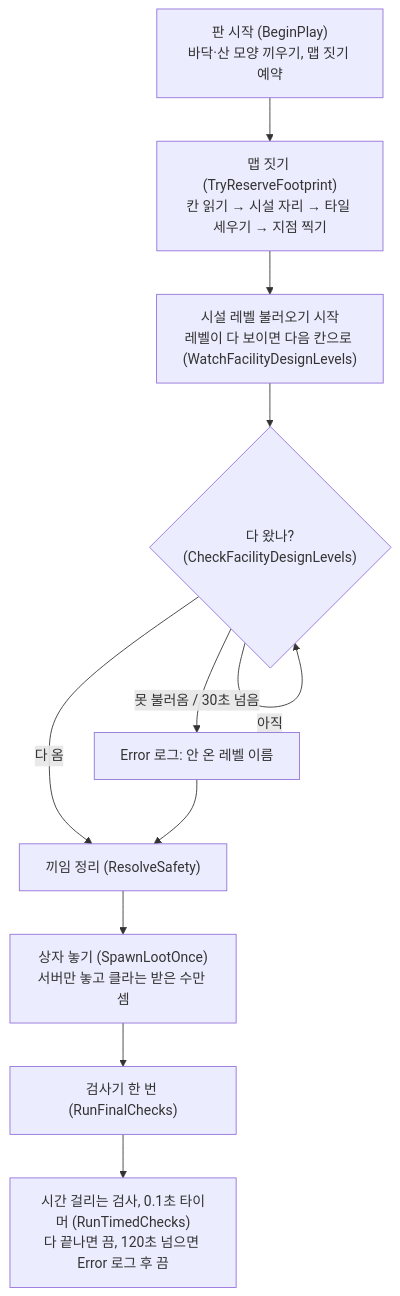
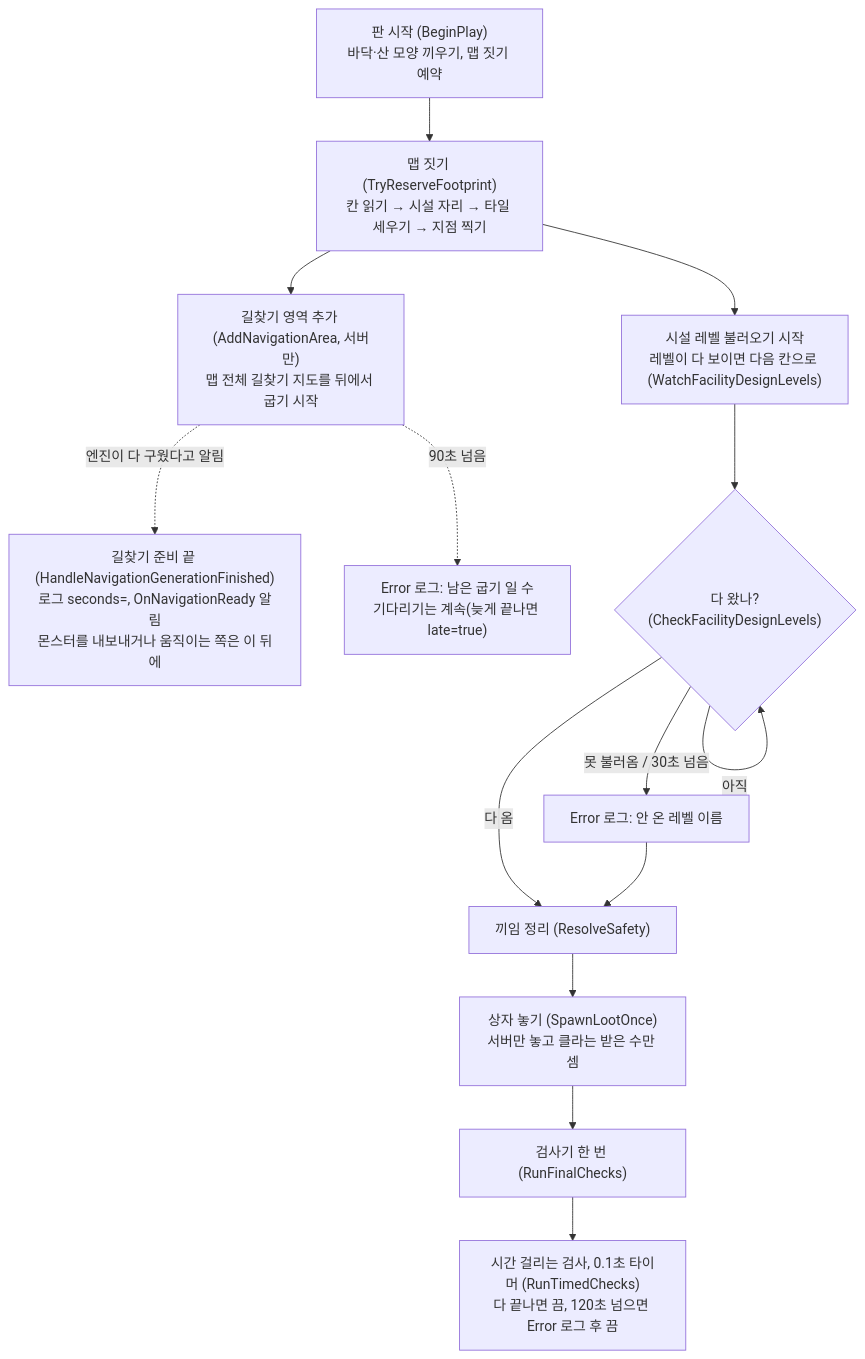
The diagram in Source/ProjectPG/Private/Actors/MapBuilder/README.md (AssortRock-KDT6-Unreal-PowerAde/ProjectPG), drawn with Mermaid before and after one commit. The commit also changed other lines of this file and 2 other files, not shown here.

Commit message:
#12 길찾기 지도를 다 구운 순간을 엔진 알림으로 받기: 걸린 시간 로그 + 90초 시간 제한 + OnNavigationReady
왜: 맵 전체 지도는 판 시작 때 뒤에서 굽는데 수십 초 걸린다. 그 전엔 몬스터 이동 명령이 실패하므로,
몬스터를 내보내거나 움직이는 쪽이 "다 구웠다" 를 알 수 있어야 한다.

- 엔진 알림(UNavigationSystemV1::OnNavigationGenerationFinishedDelegate)에 붙는다. 매 프레임 확인 없음.
- 다 구우면 "Navigation build finished: seconds=.." 로그, IsNavigationReady() 참, OnNavigationReady 한 번 알림.
- 90초 안에 안 끝나면 Error 로그(남은/도는 굽기 일 수). 기다리기는 계속, 늦게 끝나면 late=true.
- 아직 이 맵에서 몬스터를 만드는 코드가 없어 OnNavigationReady 에 붙는 곳은 없다. 몬스터를 내보내는 쪽이 여기에 붙으면 된다.
- MapBuilder/README.md 흐름 그림에 길찾기 단계 추가.

시험(에디터 데디 서버, 시드 12345): MapSeedCheck.ps1 합격, Navigation build finished seconds=36.3 late=false

````diff
--- a/Source/ProjectPG/Private/Actors/MapBuilder/README.md
+++ b/Source/ProjectPG/Private/Actors/MapBuilder/README.md
@@ -5,13 +5,16 @@
 ```mermaid
 flowchart TD
     A["판 시작 (BeginPlay)<br/>바닥·산 모양 끼우기, 맵 짓기 예약"] --> B["맵 짓기 (TryReserveFootprint)<br/>칸 읽기 → 시설 자리 → 타일 세우기 → 지점 찍기"]
+    B --> N["길찾기 영역 추가 (AddNavigationArea, 서버만)<br/>맵 전체 길찾기 지도를 뒤에서 굽기 시작"]
+    N -. "엔진이 다 구웠다고 알림" .-> NR["길찾기 준비 끝 (HandleNavigationGenerationFinished)<br/>로그 seconds=, OnNavigationReady 알림<br/>몬스터를 내보내거나 움직이는 쪽은 이 뒤에"]
+    N -. "90초 넘음" .-> NX["Error 로그: 남은 굽기 일 수<br/>기다리기는 계속(늦게 끝나면 late=true)"]
     B --> C["시설 레벨 불러오기 시작<br/>레벨이 다 보이면 다음 칸으로 (WatchFacilityDesignLevels)"]
     C --> D{"다 왔나?<br/>(CheckFacilityDesignLevels)"}
     D -- "아직" --> D
     D -- "다 옴" --> E["끼임 정리 (ResolveSafety)"]
     D -- "못 불러옴 / 30초 넘음" --> X["Error 로그: 안 온 레벨 이름"]
     X --> E
     E --> F["상자 놓기 (SpawnLootOnce)<br/>서버만 놓고 클라는 받은 수만 셈"]
     F --> G["검사기 한 번 (RunFinalChecks)"]
     G --> H["시간 걸리는 검사, 0.1초 타이머 (RunTimedChecks)<br/>다 끝나면 끔, 120초 넘으면 Error 로그 후 끔"]
 ```
````
